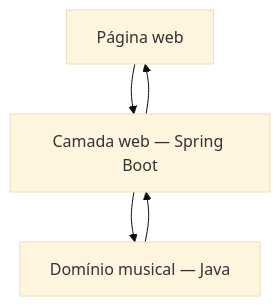
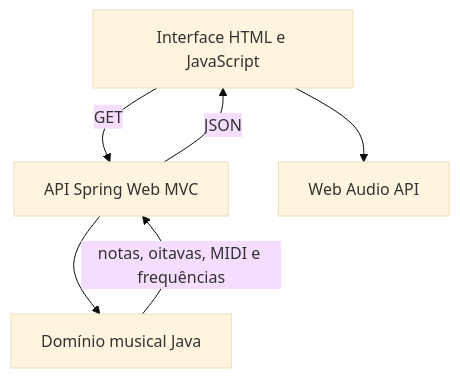
Before and after one commit to rsdotrafael/music-chord-generator: the diagram in README.md, drawn with Mermaid (base theme). The commit also changed other lines of this file and 7 other files, not shown here.

````diff
--- a/README.md
+++ b/README.md
@@ -32,7 +165,8 @@
 ```mermaid
 flowchart TD
-    A["Página web"] --> B["Camada web — Spring Boot"]
-    B --> C["Domínio musical — Java"]
-    C --> B
-    B --> A
+    A[Interface HTML e JavaScript] -->|GET| B[API Spring Web MVC]
+    B --> C[Domínio musical Java]
+    C -->|notas, oitavas, MIDI e frequências| B
+    B -->|JSON| A
+    A --> D[Web Audio API]
 ```
````
